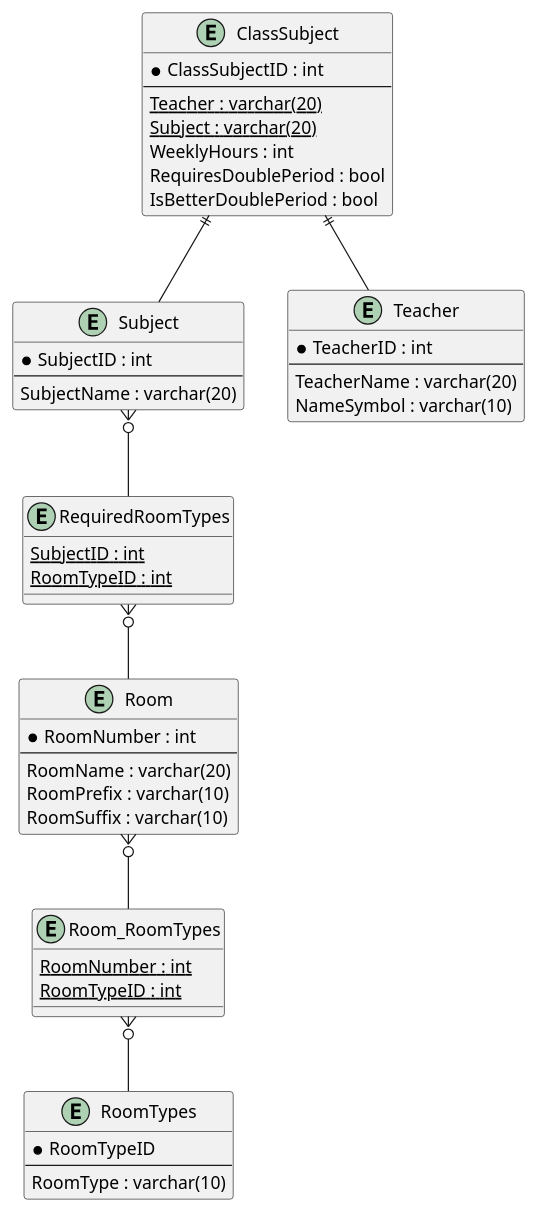
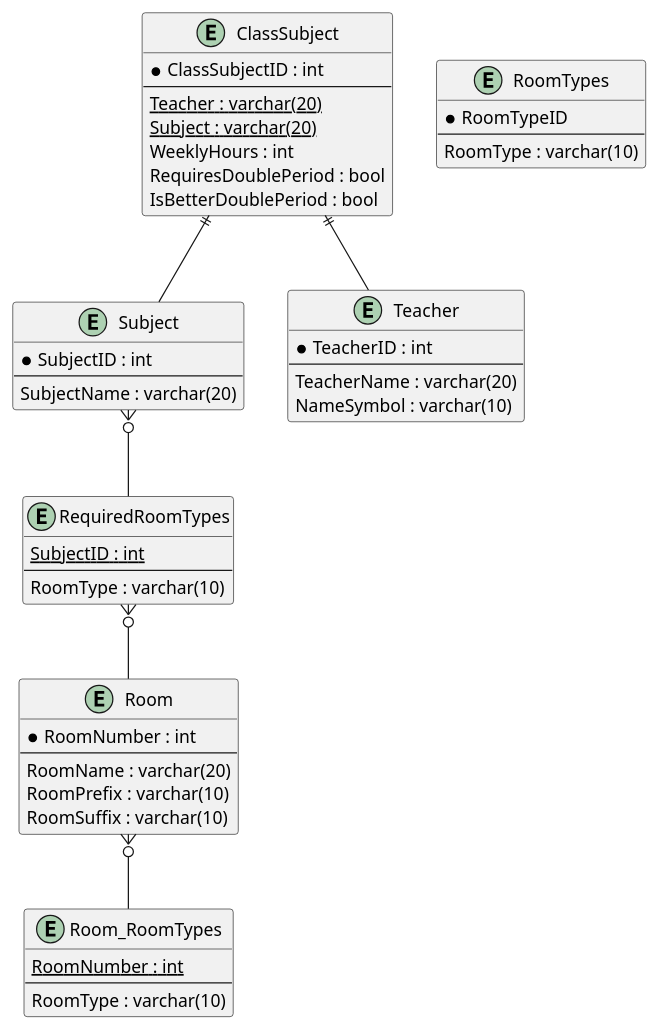
One commit to Lucaa0312/LeoPlaner changed the diagram in documentation/erd.puml. Above: the diagram before and after it, drawn with PlantUML.

```diff
--- a/documentation/erd.puml
+++ b/documentation/erd.puml
@@ -1,59 +1,60 @@
 @startuml erd
 
 entity Room {
   * RoomNumber : int
   --
   RoomName : varchar(20)
   RoomPrefix : varchar(10)
   RoomSuffix : varchar(10)
 }
 
 entity Subject {
   *SubjectID : int
   --
    SubjectName : varchar(20)
 }
 
 entity ClassSubject {
   *ClassSubjectID : int
   --
   <u>Teacher : varchar(20) 
   <u>Subject : varchar(20)
   WeeklyHours : int
   RequiresDoublePeriod : bool 
   IsBetterDoublePeriod : bool 
 }
 
 entity Teacher {
   *TeacherID : int
   --
   TeacherName : varchar(20)
   NameSymbol : varchar(10)
 }
 
 entity RoomTypes {
   *RoomTypeID
   --
   RoomType : varchar(10)
 }
 
 entity RequiredRoomTypes {
   <u>SubjectID : int
-  <u>RoomTypeID : int 
+  ---
+  RoomType : varchar(10)
 }
 
 entity Room_RoomTypes { 
   <u>RoomNumber : int 
-  <u>RoomTypeID : int 
+  ---
+  RoomType : varchar(10)
 }
 
 ClassSubject ||-- Subject
 ClassSubject ||-- Teacher
 
 Room }o-- Room_RoomTypes
-Room_RoomTypes }o-- RoomTypes
 
 Subject }o-- RequiredRoomTypes
 RequiredRoomTypes }o-- Room
 
 @enduml
```
